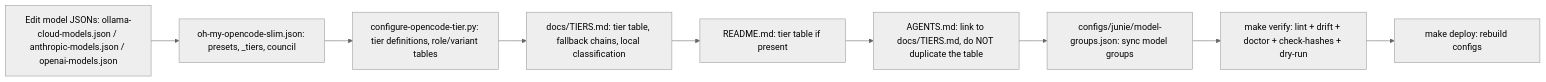
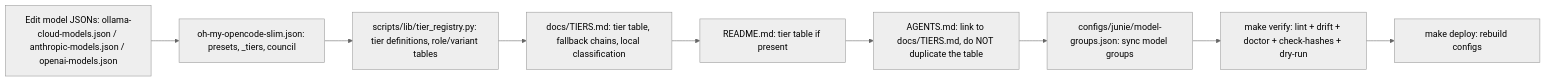
One commit to randytarampi/dotfiles changed the diagram in docs/MODEL_UPDATES.md. Above: the diagram before and after it, drawn with Mermaid (neutral theme). The commit also changed other lines of this file and 10 other files, not shown here.

First line of the commit message:
docs: update all docs for unified tier registry architecture

````diff
--- a/docs/MODEL_UPDATES.md
+++ b/docs/MODEL_UPDATES.md
@@ -9,11 +9,11 @@
 ```mermaid
 flowchart LR
   A[Edit model JSONs: ollama-cloud-models.json / anthropic-models.json / openai-models.json] --> B[oh-my-opencode-slim.json: presets, _tiers, council]
-  B --> C[configure-opencode-tier.py: tier definitions, role/variant tables]
+  B --> C[scripts/lib/tier_registry.py: tier definitions, role/variant tables]
   C --> D[docs/TIERS.md: tier table, fallback chains, local classification]
   D --> E[README.md: tier table if present]
   E --> F[AGENTS.md: link to docs/TIERS.md, do NOT duplicate the table]
   F --> G[configs/junie/model-groups.json: sync model groups]
   G --> H[make verify: lint + drift + doctor + check-hashes + dry-run]
   H --> I[make deploy: rebuild configs]
 ```
````
